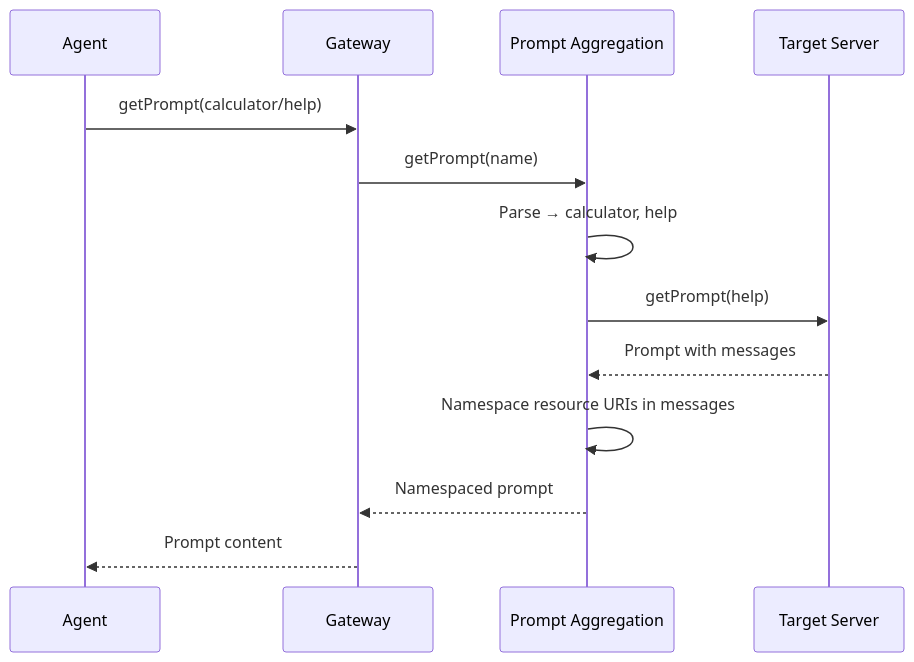
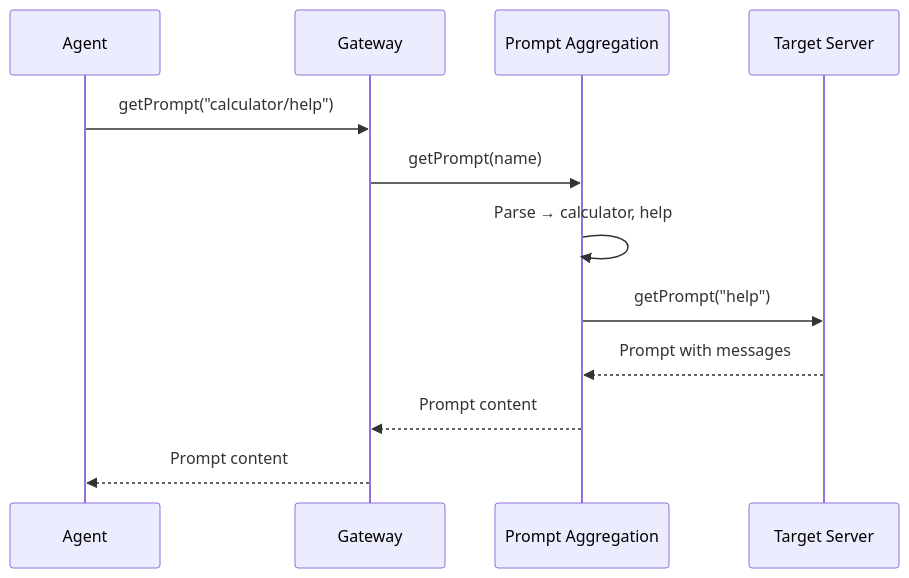
One commit to karashiiro/my-cool-proxy changed the fifth of 5 diagrams in docs/design/resource-namespacing.md. Above: the diagram before and after it, drawn with Mermaid. The commit also changed other lines of this file and 8 other files, not shown here.

````diff
--- a/docs/design/resource-namespacing.md
+++ b/docs/design/resource-namespacing.md
@@ -185,16 +157,15 @@
 ```mermaid
 sequenceDiagram
     participant Agent
     participant Gateway
     participant Service as Prompt Aggregation
     participant Client as Target Server
 
-    Agent->>Gateway: getPrompt(calculator/help)
+    Agent->>Gateway: getPrompt("calculator/help")
     Gateway->>Service: getPrompt(name)
     Service->>Service: Parse → calculator, help
-    Service->>Client: getPrompt(help)
+    Service->>Client: getPrompt("help")
     Client-->>Service: Prompt with messages
-    Service->>Service: Namespace resource URIs in messages
-    Service-->>Gateway: Namespaced prompt
+    Service-->>Gateway: Prompt content
     Gateway-->>Agent: Prompt content
 ```
````
